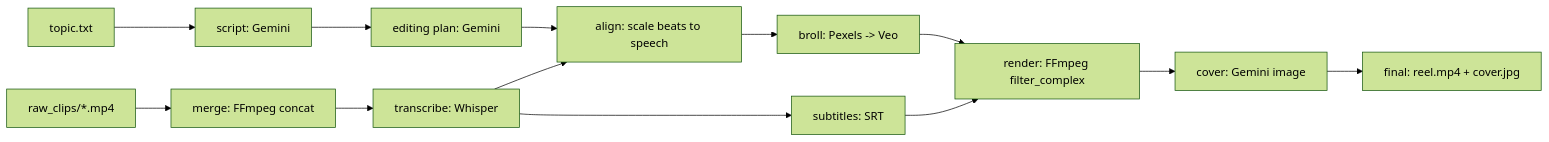
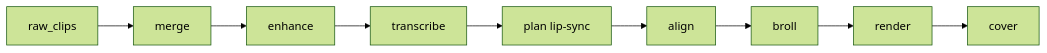
One commit to chaiitanyaanaik/ai-reel-factory changed the diagram in TEAM_OVERVIEW.md. Above: the diagram before and after it, drawn with Mermaid (forest theme). The commit also changed other lines of this file and 79 other files, not shown here.

First line of the commit message:
Ship ReelKut product UI, multi-user auth, and Veo-first pipeline.

````diff
--- a/TEAM_OVERVIEW.md
+++ b/TEAM_OVERVIEW.md
@@ -16,15 +16,11 @@
 ```mermaid
 flowchart LR
-  topic[topic.txt] --> script[script: Gemini]
-  script --> plan[editing plan: Gemini]
-  rawclips[raw_clips/*.mp4] --> merge[merge: FFmpeg concat]
-  merge --> transcribe[transcribe: Whisper]
-  plan --> align[align: scale beats to speech]
-  transcribe --> align
-  align --> broll[broll: Pexels -> Veo]
-  transcribe --> subtitles[subtitles: SRT]
-  broll --> render[render: FFmpeg filter_complex]
-  subtitles --> render
-  render --> cover[cover: Gemini image]
-  cover --> final[final: reel.mp4 + cover.jpg]
+  clips[raw_clips] --> merge[merge]
+  merge --> enhance[enhance]
+  enhance --> transcribe[transcribe]
+  transcribe --> plan[plan lip-sync]
+  plan --> align[align]
+  align --> broll[broll]
+  broll --> render[render]
+  render --> cover[cover]
 ```
````
